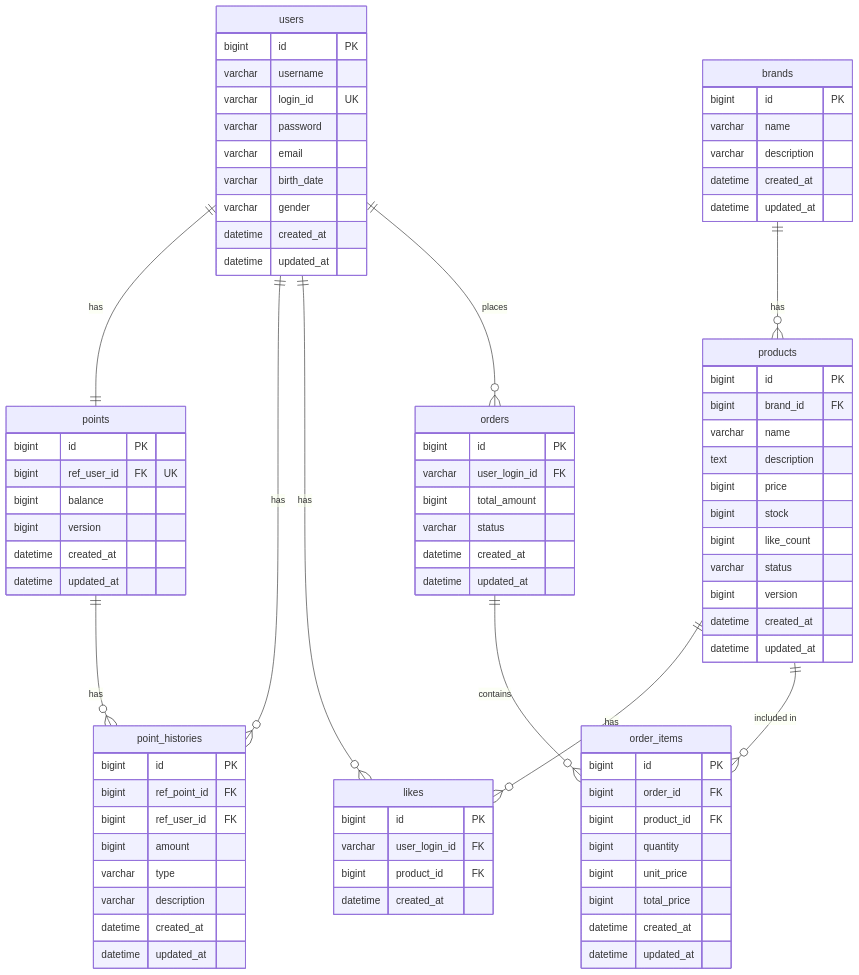
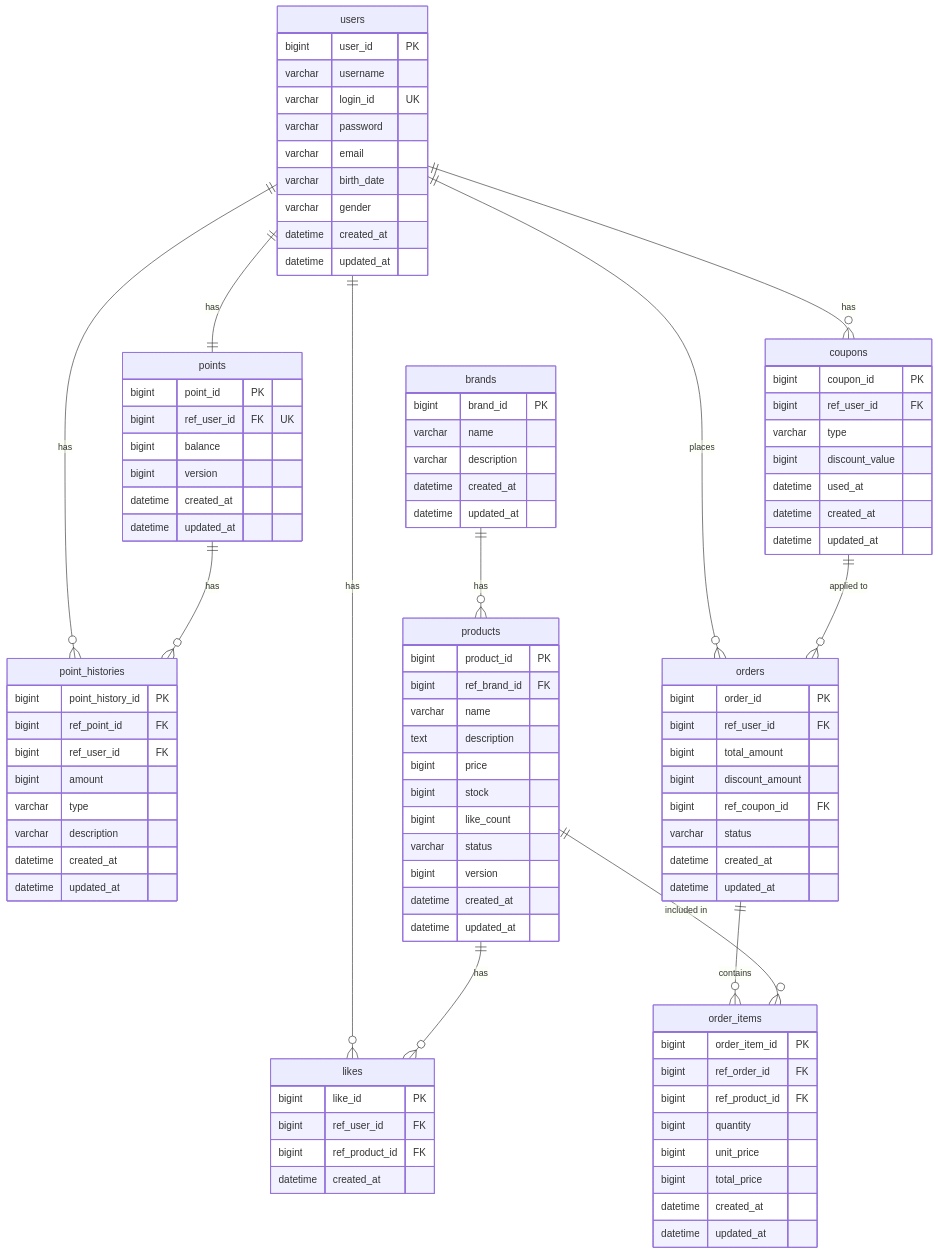
One commit to kinowk/e-commerce changed the diagram in docs/design/04-erd.md. Above: the diagram before and after it, drawn with Mermaid. The commit also changed other lines of this file and 1 other file, not shown here.

First line of the commit message:
docs: ERD 및 클래스 다이어그램 최신화

````diff
--- a/docs/design/04-erd.md
+++ b/docs/design/04-erd.md
@@ -7,7 +7,7 @@
 ```mermaid
 erDiagram
     users {
-        bigint id PK
+        bigint user_id PK
         varchar username
         varchar login_id UK
         varchar password
@@ -19,7 +19,7 @@
     }
 
     points {
-        bigint id PK
+        bigint point_id PK
         bigint ref_user_id FK "UK"
         bigint balance
         bigint version
@@ -28,7 +28,7 @@
     }
 
     point_histories {
-        bigint id PK
+        bigint point_history_id PK
         bigint ref_point_id FK
         bigint ref_user_id FK
         bigint amount
@@ -39,7 +39,7 @@
     }
 
     brands {
-        bigint id PK
+        bigint brand_id PK
         varchar name
         varchar description
         datetime created_at
@@ -47,8 +47,8 @@
     }
 
     products {
-        bigint id PK
-        bigint brand_id FK
+        bigint product_id PK
+        bigint ref_brand_id FK
         varchar name
         text description
         bigint price
@@ -61,25 +61,37 @@
     }
 
     likes {
-        bigint id PK
-        varchar user_login_id FK
-        bigint product_id FK
+        bigint like_id PK
+        bigint ref_user_id FK
+        bigint ref_product_id FK
         datetime created_at
     }
 
+    coupons {
+        bigint coupon_id PK
+        bigint ref_user_id FK
+        varchar type
+        bigint discount_value
+        datetime used_at
+        datetime created_at
+        datetime updated_at
+    }
+
     orders {
-        bigint id PK
-        varchar user_login_id FK
+        bigint order_id PK
+        bigint ref_user_id FK
         bigint total_amount
+        bigint discount_amount
+        bigint ref_coupon_id FK
         varchar status
         datetime created_at
         datetime updated_at
     }
 
     order_items {
-        bigint id PK
-        bigint order_id FK
-        bigint product_id FK
+        bigint order_item_id PK
+        bigint ref_order_id FK
+        bigint ref_product_id FK
         bigint quantity
         bigint unit_price
         bigint total_price
@@ -93,7 +105,9 @@
     brands ||--o{ products : "has"
     users ||--o{ likes : "has"
     products ||--o{ likes : "has"
+    users ||--o{ coupons : "has"
     users ||--o{ orders : "places"
+    coupons ||--o{ orders : "applied to"
     orders ||--o{ order_items : "contains"
     products ||--o{ order_items : "included in"
 ```
````
